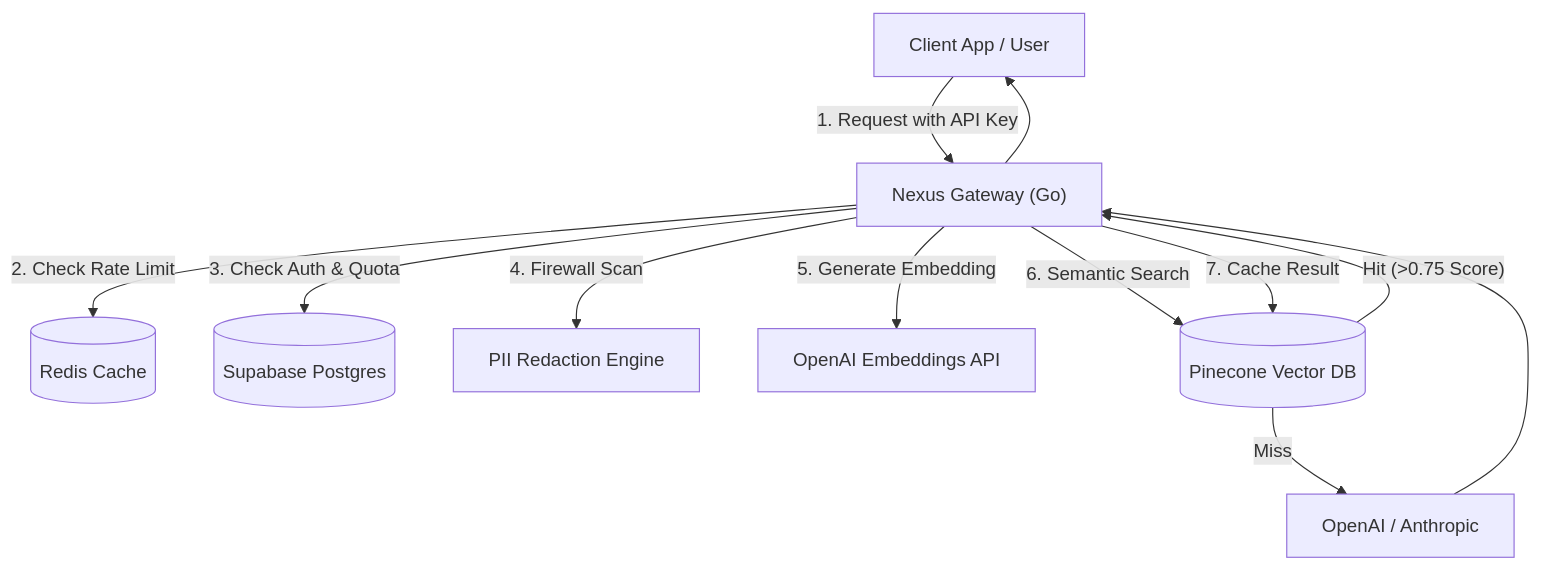
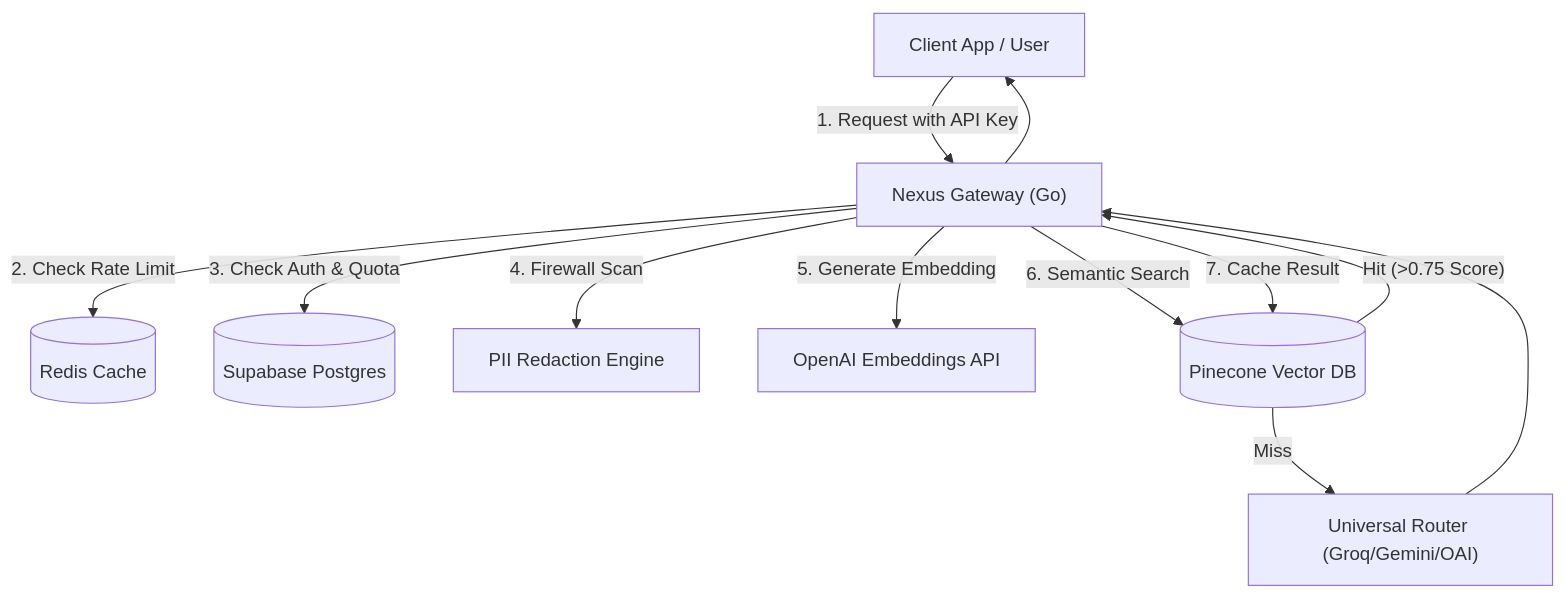
Before and after one commit to ANANDSUNNY0899/NexusGateway: the diagram in README.md, drawn with Mermaid. The commit also changed other lines of this file, not shown here.

````diff
--- a/README.md
+++ b/README.md
@@ -49,19 +91,19 @@
 ```mermaid
 graph TD
     User["Client App / User"] -->|1. Request with API Key| Go["Nexus Gateway (Go)"]
     Go -->|2. Check Rate Limit| Redis[("Redis Cache")]
     Go -->|3. Check Auth & Quota| DB[("Supabase Postgres")]
     
     Go -->|4. Firewall Scan| PII["PII Redaction Engine"]
     
     Go -->|5. Generate Embedding| OAI["OpenAI Embeddings API"]
     
     Go -->|6. Semantic Search| Pine[("Pinecone Vector DB")]
     
     Pine -- "Hit (>0.75 Score)" --> Go
-    Pine -- Miss --> LLM["OpenAI / Anthropic"]
+    Pine -- Miss --> LLM["Universal Router (Groq/Gemini/OAI)"]
     
     LLM --> Go
     Go -->|7. Cache Result| Pine
     Go --> User
 ```
````
